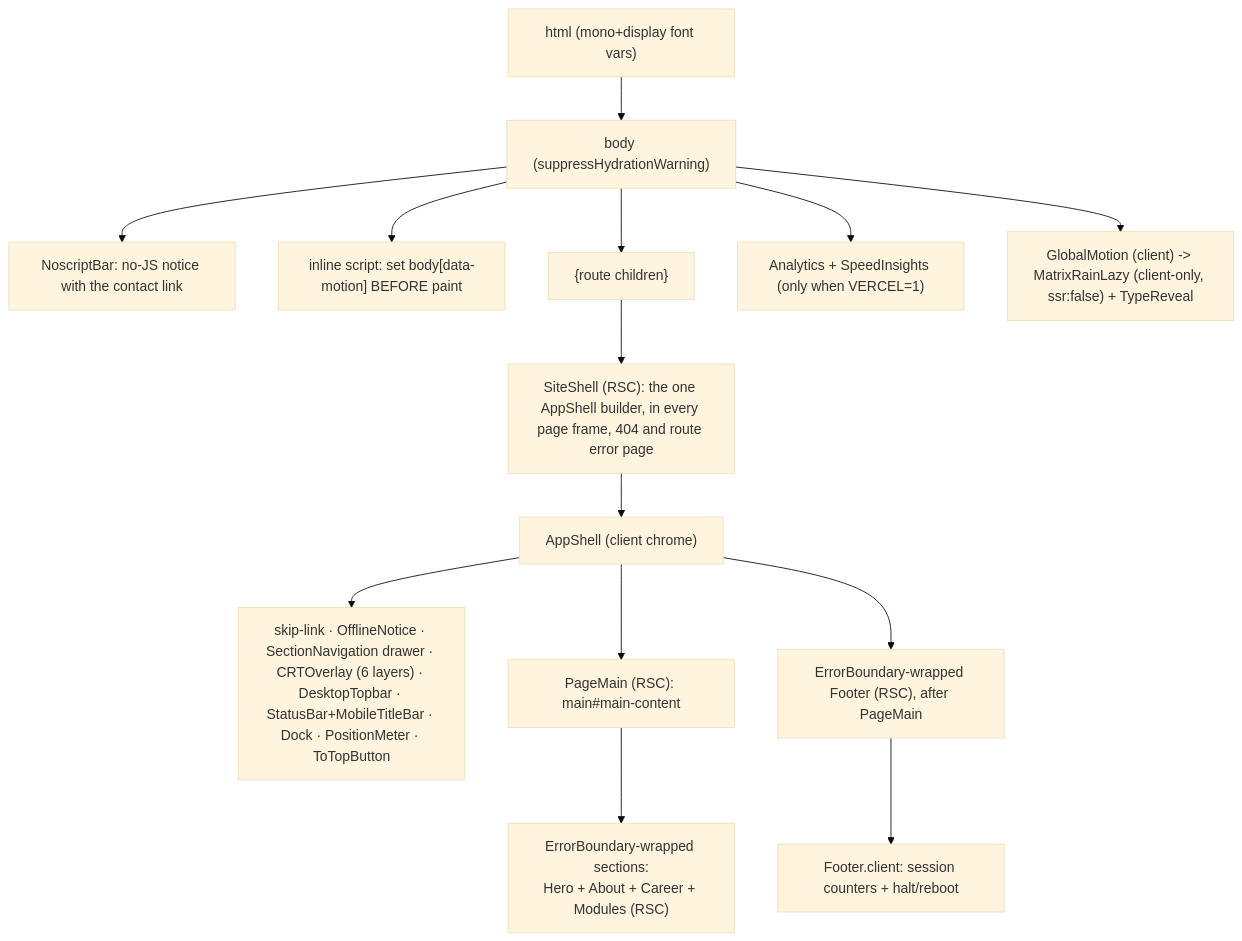
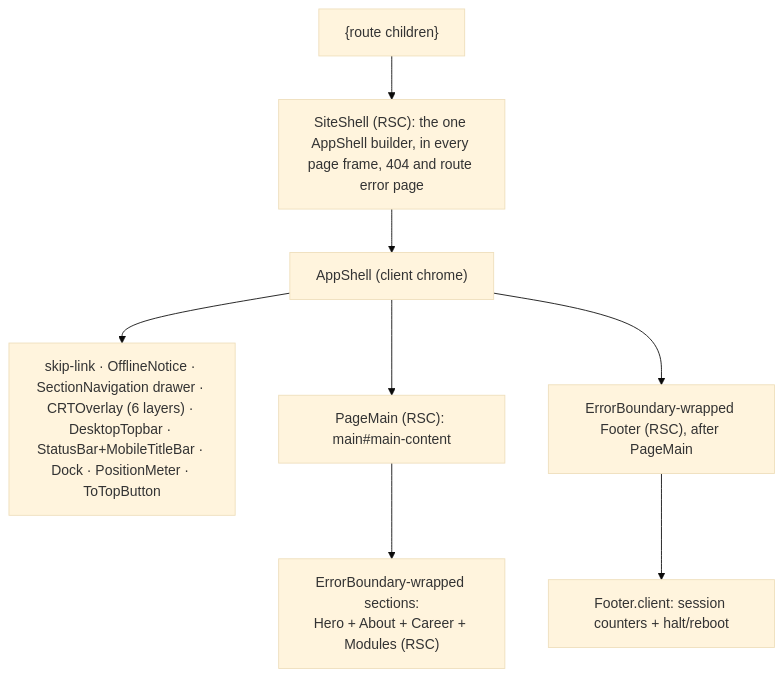
The fifth of 14 diagrams in docs/03-rendering-and-data-flow.md (erikunha/portfolio), drawn with Mermaid (base theme) before and after one commit. The commit also changed other lines of this file and 75 other files, not shown here.

````diff
--- a/docs/03-rendering-and-data-flow.md
+++ b/docs/03-rendering-and-data-flow.md
@@ -66,16 +98,10 @@
 ```mermaid
 flowchart TD
-    html["html (mono+display font vars)"] --> body["body (suppressHydrationWarning)"]
-    body --> noscript["NoscriptBar: no-JS notice with the contact link"]
-    body --> boot["inline script: set body[data-motion] BEFORE paint"]
-    body --> children["{route children}"]
-    body --> rum["Analytics + SpeedInsights (only when VERCEL=1)"]
-    body --> gm["GlobalMotion (client) -> MatrixRainLazy (client-only, ssr:false) + TypeReveal"]
-    children --> siteshell["SiteShell (RSC): the one AppShell builder, in every page frame, 404 and route error page"]
+    children["{route children}"] --> siteshell["SiteShell (RSC): the one AppShell builder, in every page frame, 404 and route error page"]
     siteshell --> appshell["AppShell (client chrome)"]
     appshell --> chrome["skip-link · OfflineNotice · SectionNavigation drawer · CRTOverlay (6 layers) · DesktopTopbar · StatusBar+MobileTitleBar · Dock · PositionMeter · ToTopButton"]
     appshell --> main["PageMain (RSC): main#main-content"]
     main --> secs["ErrorBoundary-wrapped sections:<br/>Hero + About + Career + Modules (RSC)"]
     appshell --> footer["ErrorBoundary-wrapped Footer (RSC), after PageMain"]
     footer --> footerIslands["Footer.client: session counters + halt/reboot"]
 ```
````
